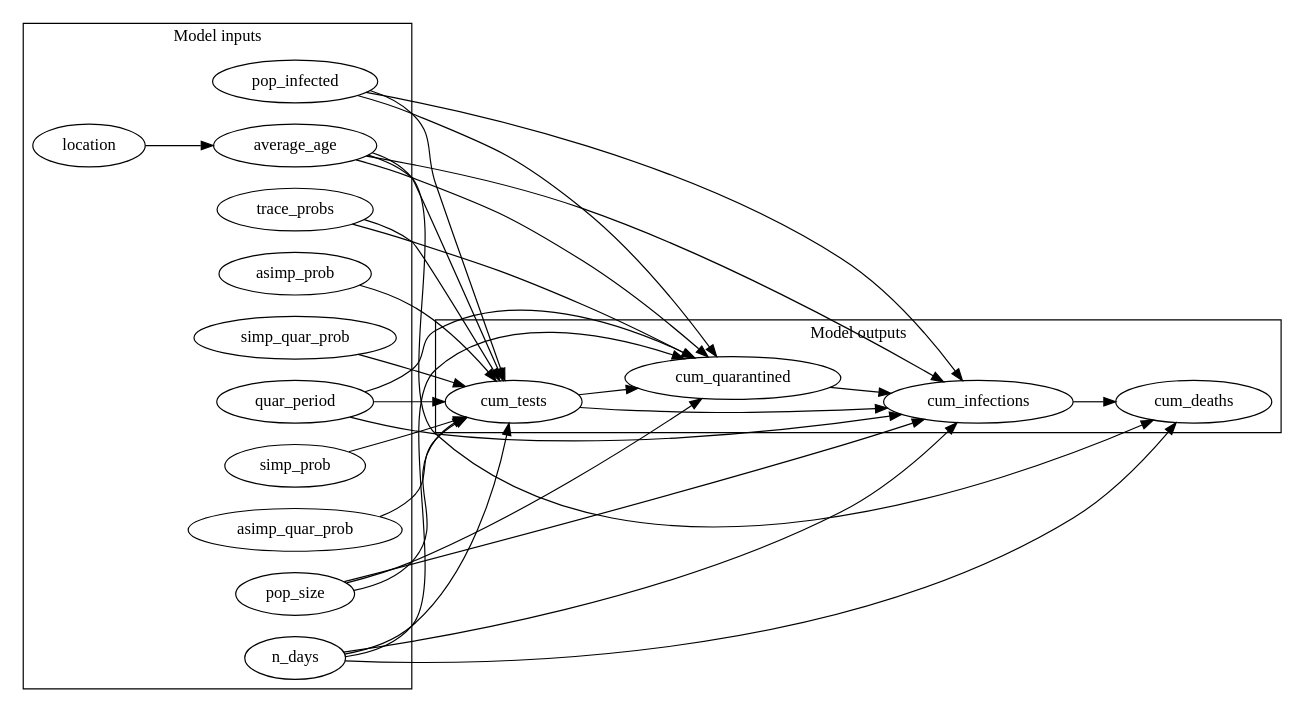
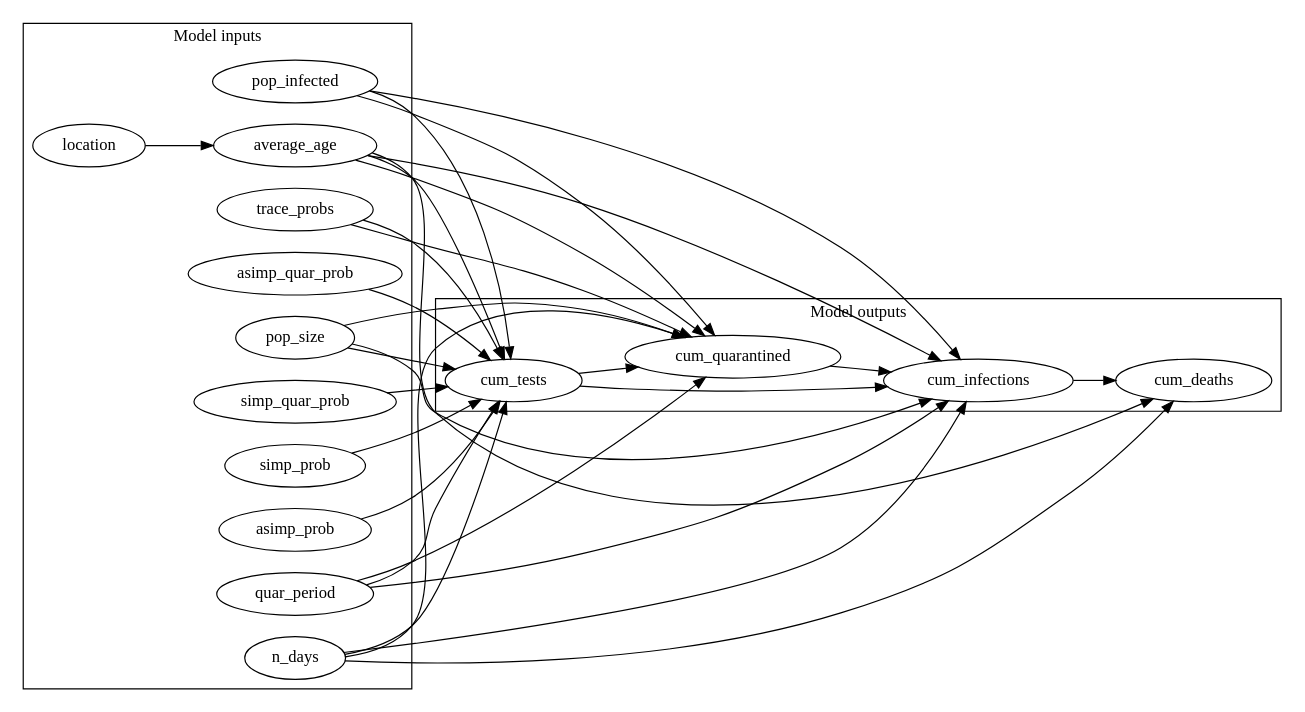
Before and after one commit to CITCOM-project/causcumber: the diagram in scenarios/abstract/dags/compare_interventions_basic.dot, drawn with Graphviz. The commit also changed other lines of this file and 4 other files, not shown here.

```diff
--- a/scenarios/abstract/dags/compare_interventions_basic.dot
+++ b/scenarios/abstract/dags/compare_interventions_basic.dot
@@ -1,54 +1,54 @@
 digraph "" {
 	graph [newrank=True,
 		rankdir=LR
 	];
-	subgraph cluster_inputs {
-		graph [label="Model inputs"];
-		pop_size;
-		quar_period;
-		simp_prob;
-		asimp_quar_prob;
-		n_days;
-		asimp_prob;
-		average_age;
-		simp_quar_prob;
-		location;
-		pop_infected;
-		trace_probs;
-	}
 	subgraph cluster_outputs {
 		graph [label="Model outputs"];
 		cum_tests;
 		cum_quarantined;
 		cum_infections;
 		cum_deaths;
 	}
-	pop_size -> cum_tests;
-	pop_size -> cum_quarantined;
-	pop_size -> cum_infections;
+	subgraph cluster_inputs {
+		graph [label="Model inputs"];
+		quar_period;
+		n_days;
+		pop_size;
+		simp_prob;
+		pop_infected;
+		asimp_quar_prob;
+		location;
+		average_age;
+		trace_probs;
+		simp_quar_prob;
+		asimp_prob;
+	}
 	quar_period -> cum_tests;
 	quar_period -> cum_quarantined;
 	quar_period -> cum_infections;
-	simp_prob -> cum_tests;
-	asimp_quar_prob -> cum_tests;
 	n_days -> cum_tests;
 	n_days -> cum_quarantined;
 	n_days -> cum_infections;
 	n_days -> cum_deaths;
-	asimp_prob -> cum_tests;
+	pop_size -> cum_tests;
+	pop_size -> cum_quarantined;
+	pop_size -> cum_infections;
+	simp_prob -> cum_tests;
+	pop_infected -> cum_tests;
+	pop_infected -> cum_quarantined;
+	pop_infected -> cum_infections;
+	asimp_quar_prob -> cum_tests;
+	location -> average_age;
 	average_age -> cum_tests;
 	average_age -> cum_quarantined;
 	average_age -> cum_infections;
 	average_age -> cum_deaths;
-	simp_quar_prob -> cum_tests;
-	location -> average_age;
-	pop_infected -> cum_tests;
-	pop_infected -> cum_quarantined;
-	pop_infected -> cum_infections;
 	trace_probs -> cum_tests;
 	trace_probs -> cum_quarantined;
+	simp_quar_prob -> cum_tests;
+	asimp_prob -> cum_tests;
 	cum_tests -> cum_quarantined;
 	cum_tests -> cum_infections;
 	cum_quarantined -> cum_infections;
 	cum_infections -> cum_deaths;
 }
```
